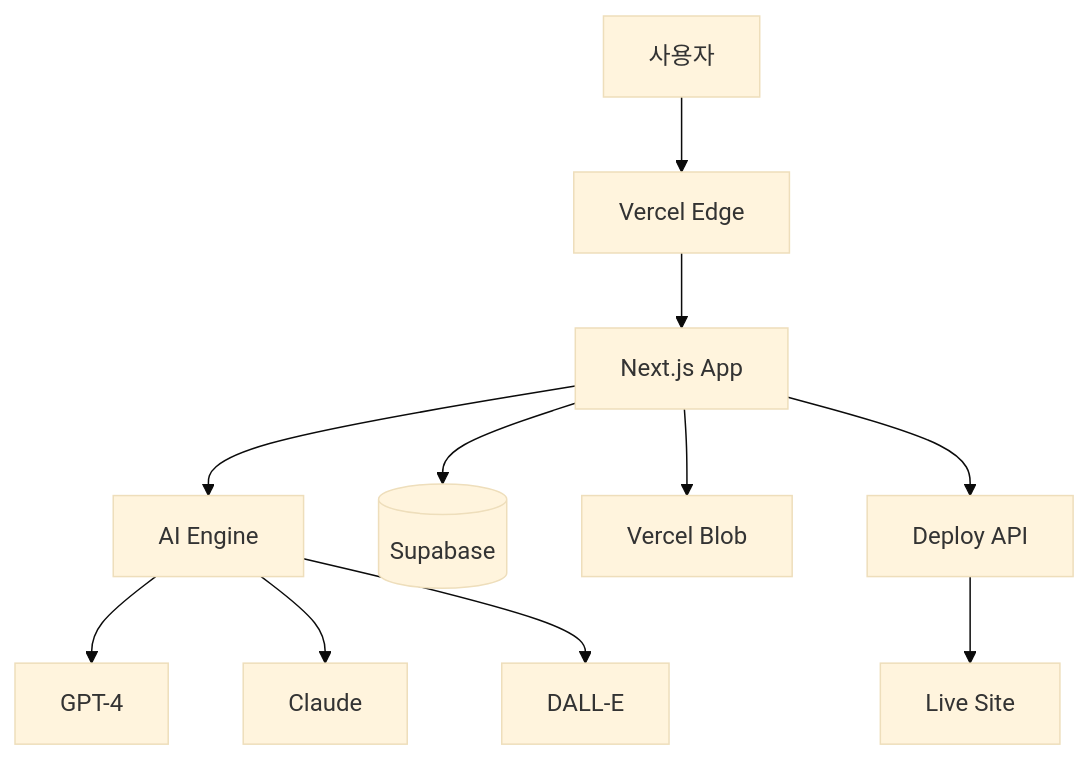
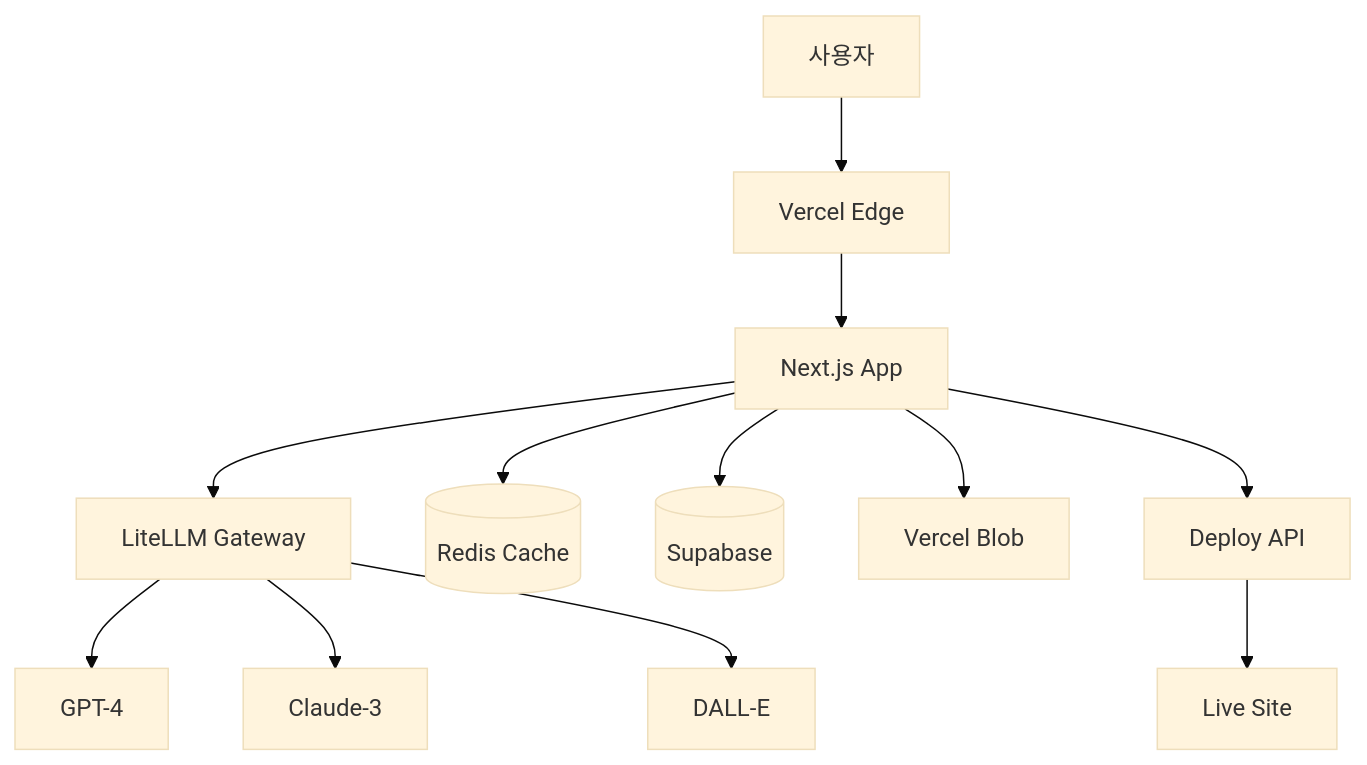
Before and after one commit to robb-lee/aether: the diagram in prd.md, drawn with Mermaid (base theme). The commit also changed other lines of this file and 4 other files, not shown here.

````diff
--- a/prd.md
+++ b/prd.md
@@ -87,13 +94,14 @@
 ```mermaid
 graph TB
     U[사용자] --> V[Vercel Edge]
     V --> N[Next.js App]
-    N --> AI[AI Engine]
-    AI --> GPT[GPT-4]
-    AI --> Claude[Claude]
-    AI --> DALLE[DALL-E]
+    N --> LL[LiteLLM Gateway]
+    LL --> GPT[GPT-4]
+    LL --> Claude[Claude-3]
+    LL --> DALLE[DALL-E]
+    N --> R[(Redis Cache)]
     N --> S[(Supabase)]
     N --> B[Vercel Blob]
     N --> D[Deploy API]
     D --> LIVE[Live Site]
 ```
````
